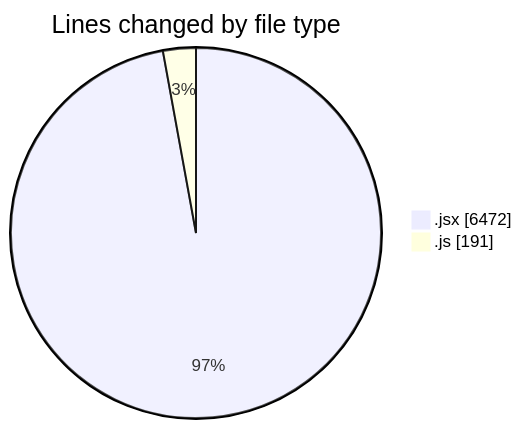
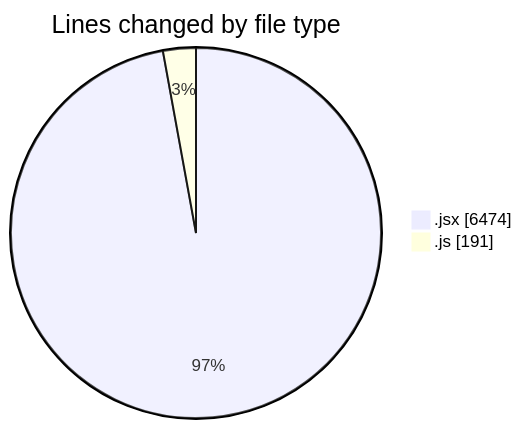
The first of 2 diagrams in 2025-06-21/nxtqube_webapp/README.md (nxtqubesakshisongat/code-tracking), drawn with Mermaid before and after one commit. The commit also changed other lines of this file and 1 other file, not shown here.

````diff
--- a/2025-06-21/nxtqube_webapp/README.md
+++ b/2025-06-21/nxtqube_webapp/README.md
@@ -27,6 +27,6 @@
 ```mermaid
 pie showData
 title Lines changed by file type
-".jsx" : 6472
+".jsx" : 6474
 ".js" : 191
 ```
````
